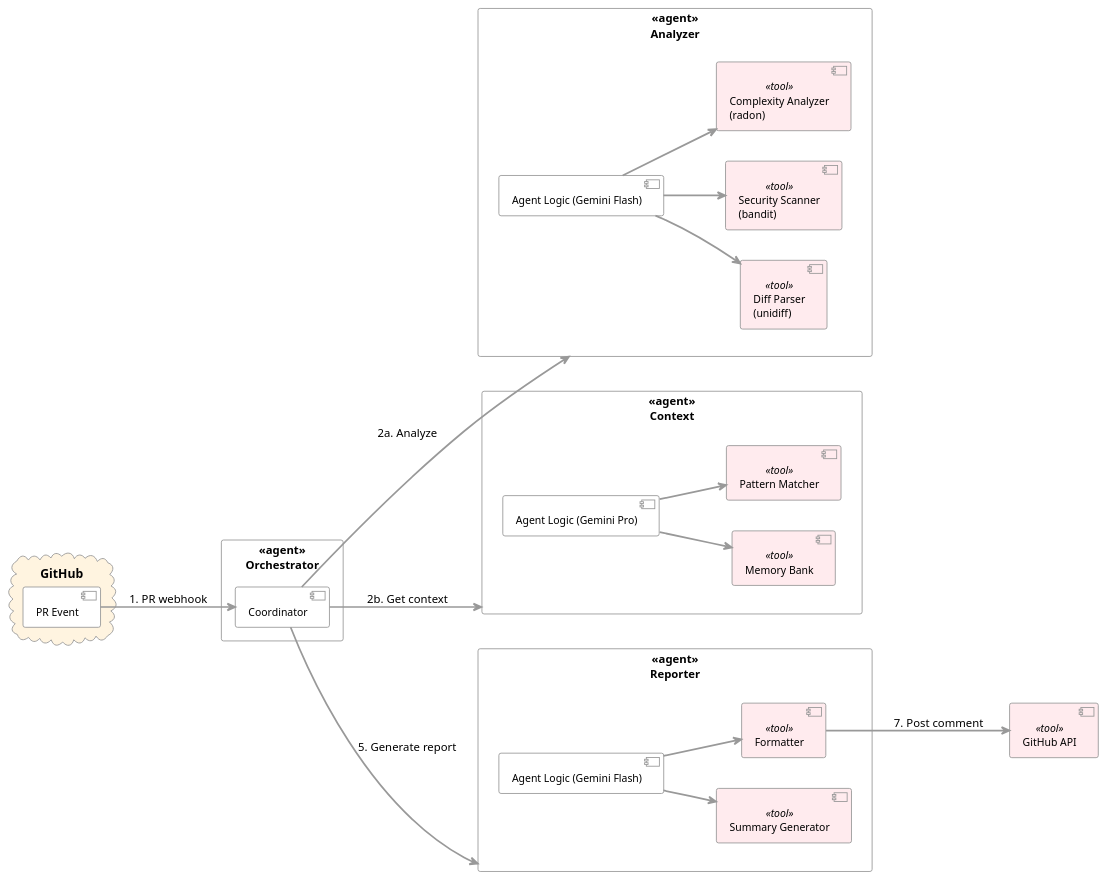
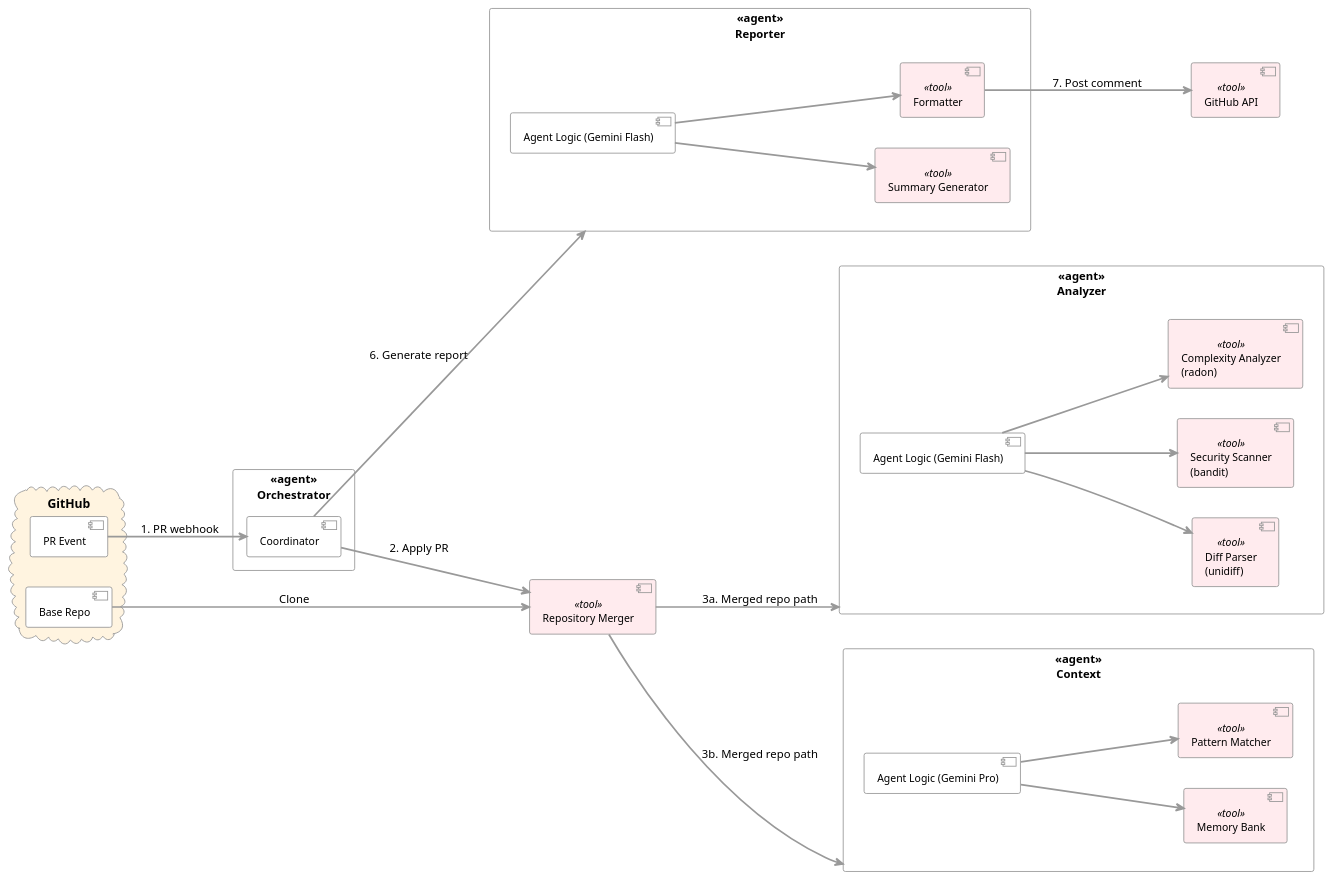
One commit to RostislavDublin/capstone changed the diagram in docs/diagrams/multi-agent-architecture.puml.md. Above: the diagram before and after it, drawn with PlantUML. The commit also changed 1 other file, not shown here.

Commit message:
docs: add Repository Merger to architecture diagrams
- Added Repository Merger component to multi-agent-architecture diagram
- Updated project-plan.md with merged-state workflow
- All diagrams now consistently show pre-processing step

Repository Merger is critical component that applies PR to base repo
before agents analyze the merged state (not just diff chunks).

```diff
--- a/docs/diagrams/multi-agent-architecture.puml.md
+++ b/docs/diagrams/multi-agent-architecture.puml.md
@@ -34,6 +34,7 @@
 ' Level 1: Input
 cloud "GitHub" as github {
   component "PR Event" as pr_event
+  component "Base Repo" as base_repo
 }
 
 ' Level 2: Orchestration
@@ -41,11 +42,16 @@
   component "Coordinator" as coordinator
 }
 
+' Level 2.5: Pre-processing
+component "Repository Merger" as repo_merger <<tool>>
+
 pr_event -down-> coordinator : 1. PR webhook
+coordinator -down-> repo_merger : 2. Apply PR
+base_repo -down-> repo_merger : Clone
+repo_merger -down-> Analyzer : 3a. Merged repo path
+repo_merger -down-> Context : 3b. Merged repo path
 
-coordinator -down-> Analyzer : 2a. Analyze
-coordinator -down-> Context : 2b. Get context
-coordinator -down-> Reporter : 5. Generate report
+coordinator -down-> Reporter : 6. Generate report
 
 ' Level 3: Agent Layer
 rectangle "Analyzer" as Analyzer <<agent>> {
```
